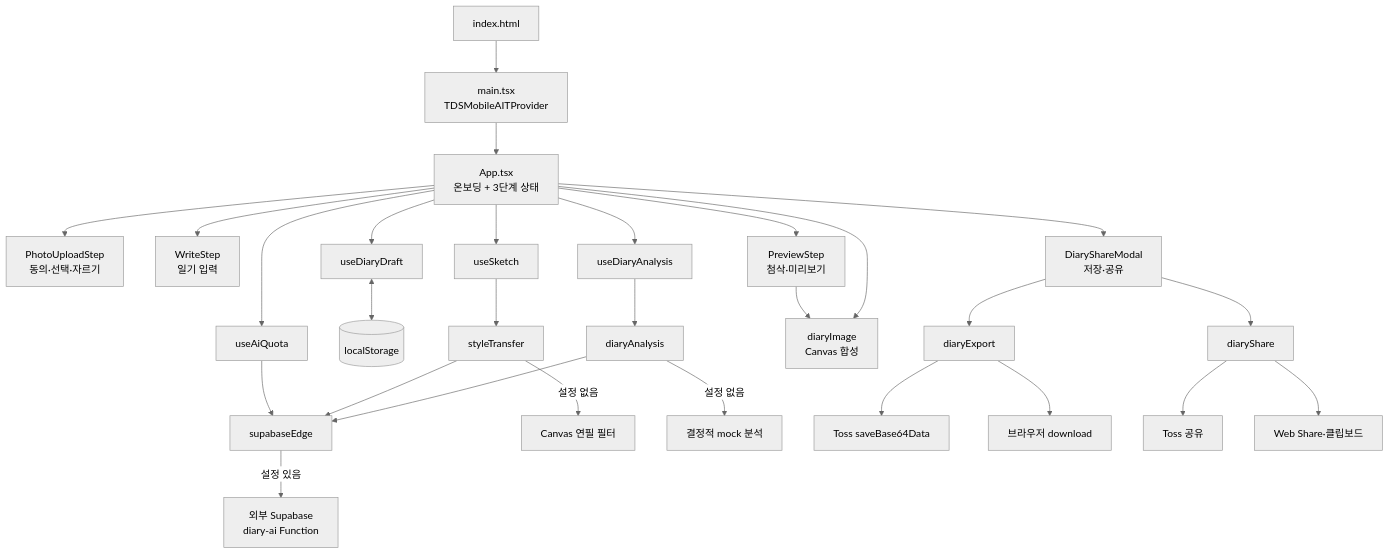
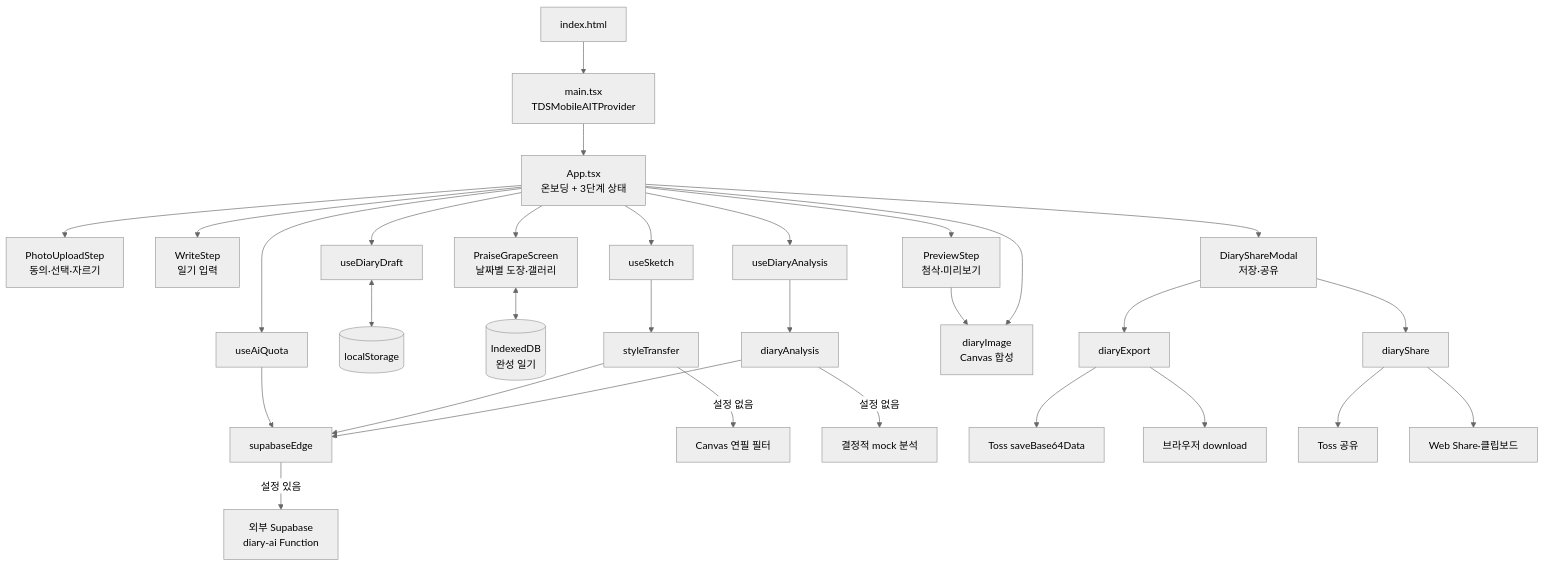
One commit to SummerVacationDiaryTMD/Summer_Vacation_Diary changed the first of 3 diagrams in docs/architecture.md. Above: the diagram before and after it, drawn with Mermaid (neutral theme). The commit also changed other lines of this file and 7 other files, not shown here.

````diff
--- a/docs/architecture.md
+++ b/docs/architecture.md
@@ -14,35 +14,37 @@
 ```mermaid
 flowchart TD
     HTML["index.html"] --> Main["main.tsx<br/>TDSMobileAITProvider"]
     Main --> App["App.tsx<br/>온보딩 + 3단계 상태"]
 
     App --> Upload["PhotoUploadStep<br/>동의·선택·자르기"]
     App --> Write["WriteStep<br/>일기 입력"]
     App --> Preview["PreviewStep<br/>첨삭·미리보기"]
     App --> ShareModal["DiaryShareModal<br/>저장·공유"]
+    App --> Praise["PraiseGrapeScreen<br/>날짜별 도장·갤러리"]
 
     App --> Draft["useDiaryDraft"]
     App --> Sketch["useSketch"]
     App --> Analysis["useDiaryAnalysis"]
     App --> Quota["useAiQuota"]
 
     Draft <--> Local[("localStorage")]
+    Praise <--> Archive[("IndexedDB<br/>완성 일기")]
     Sketch --> Transfer["styleTransfer"]
     Analysis --> Analyzer["diaryAnalysis"]
     Quota --> EdgeClient["supabaseEdge"]
     Transfer --> EdgeClient
     Analyzer --> EdgeClient
 
     EdgeClient -->|설정 있음| Edge["외부 Supabase<br/>diary-ai Function"]
     Transfer -->|설정 없음| Filter["Canvas 연필 필터"]
     Analyzer -->|설정 없음| Mock["결정적 mock 분석"]
 
     Preview --> Composer["diaryImage<br/>Canvas 합성"]
     App --> Composer
     ShareModal --> Export["diaryExport"]
     ShareModal --> Share["diaryShare"]
     Export --> TossSave["Toss saveBase64Data"]
     Export --> BrowserSave["브라우저 download"]
     Share --> TossShare["Toss 공유"]
     Share --> BrowserShare["Web Share·클립보드"]
 ```
````
